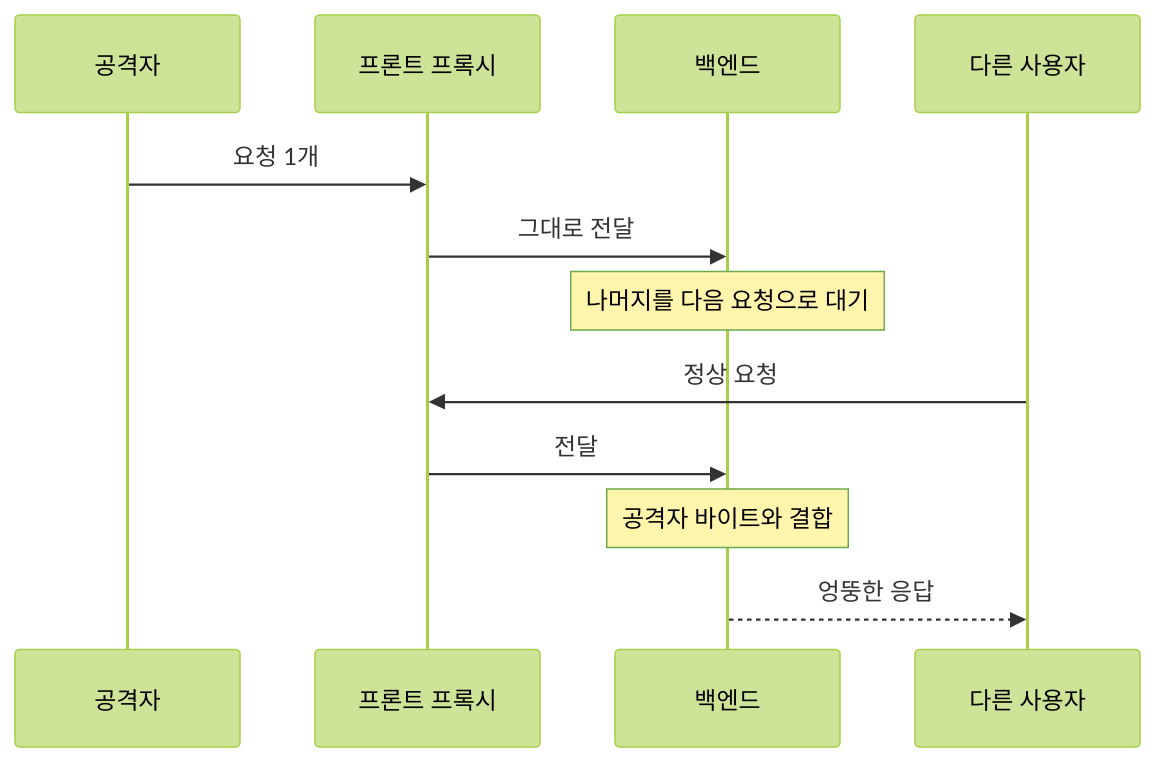
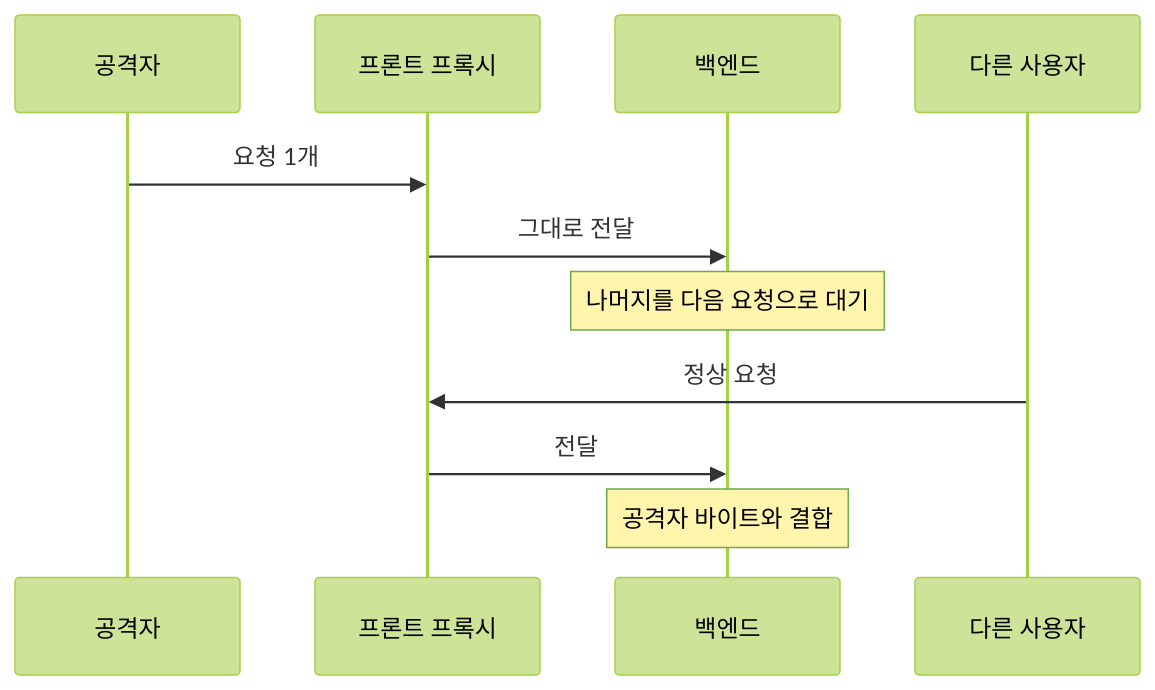
The diagram in _notes/http-request-smuggling.md (logiciris/logiciris.github.io), drawn with Mermaid (forest theme) before and after one commit. The commit also changed other lines of this file and 5 other files, not shown here.

````diff
--- a/_notes/http-request-smuggling.md
+++ b/_notes/http-request-smuggling.md
@@ -23,14 +21,13 @@
 ```mermaid
 sequenceDiagram
     participant A as 공격자
     participant P as 프론트 프록시
     participant B as 백엔드
     participant V as 다른 사용자
     A->>P: 요청 1개
     P->>B: 그대로 전달
     Note over B: 나머지를 다음 요청으로 대기
     V->>P: 정상 요청
     P->>B: 전달
     Note over B: 공격자 바이트와 결합
-    B-->>V: 엉뚱한 응답
 ```
````
